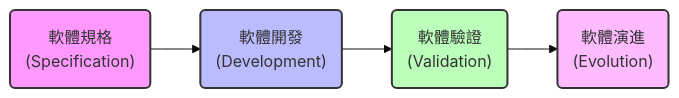
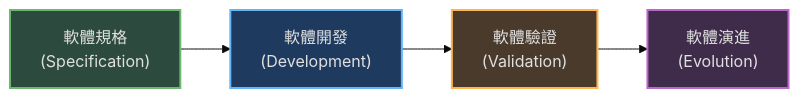
One commit to jackey890819/jackey890819.github.io changed the first of 3 diagrams in _posts/2026/01/2026-01-29-software-engineering-ch01.md. Above: the diagram before and after it, drawn with Mermaid (base theme). The commit also changed other lines of this file and 8 other files, not shown here.

````diff
--- a/_posts/2026/01/2026-01-29-software-engineering-ch01.md
+++ b/_posts/2026/01/2026-01-29-software-engineering-ch01.md
@@ -42,11 +42,11 @@
 ```mermaid
 graph LR
-    A("軟體規格<br>(Specification)") --> B("軟體開發<br>(Development)")
-    B --> C("軟體驗證<br>(Validation)")
-    C --> D("軟體演進<br>(Evolution)")
+    A["軟體規格<br>(Specification)"] --> B["軟體開發<br>(Development)"]
+    B --> C["軟體驗證<br>(Validation)"]
+    C --> D["軟體演進<br>(Evolution)"]
     
-    style A fill:#f9f,stroke:#333,stroke-width:2px
-    style B fill:#bbf,stroke:#333,stroke-width:2px
-    style C fill:#bfb,stroke:#333,stroke-width:2px
-    style D fill:#fbf,stroke:#333,stroke-width:2px
+    style A fill:#2C4A3E,stroke:#6FB66F,stroke-width:2px,color:#E0E0E0
+    style B fill:#1F3A5F,stroke:#64B5F6,stroke-width:2px,color:#E0E0E0
+    style C fill:#4A3A2C,stroke:#FFB74D,stroke-width:2px,color:#E0E0E0
+    style D fill:#3E2C4A,stroke:#BA68C8,stroke-width:2px,color:#E0E0E0
 ```
````
